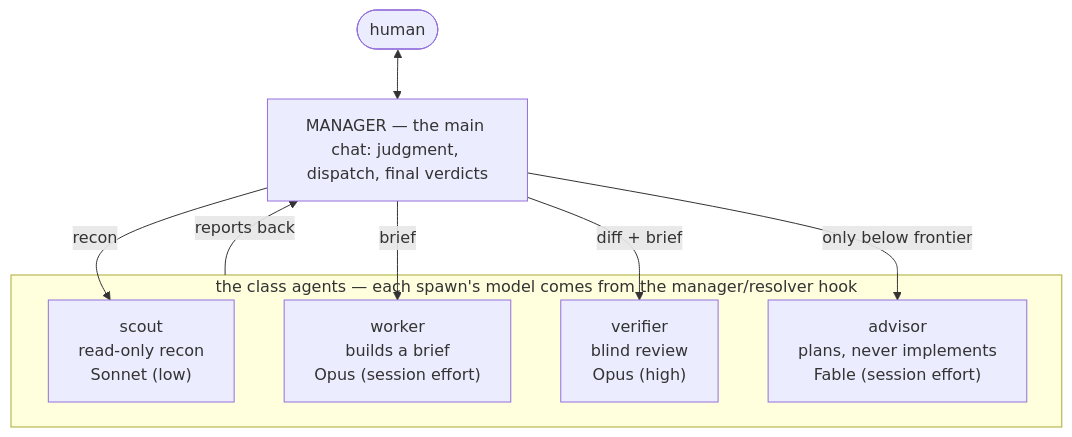
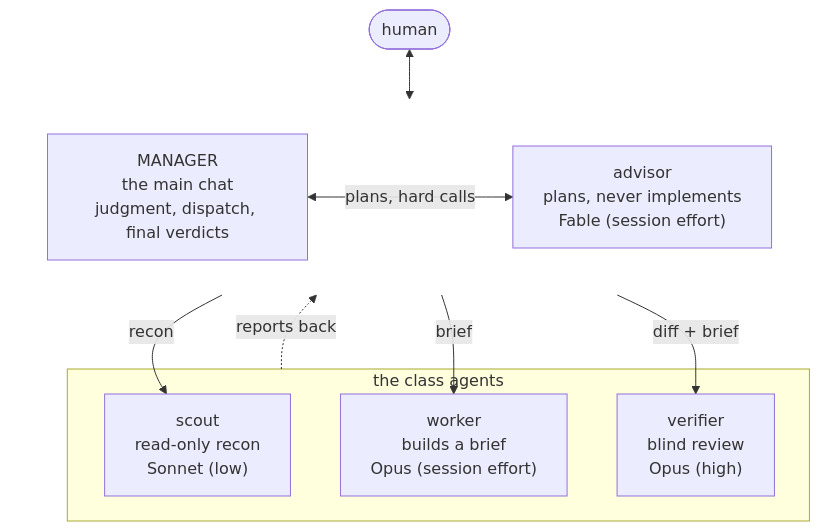
Before and after one commit to itw-creative-works/workkit: the second of 2 diagrams in README.md, drawn with Mermaid. The commit also changed other lines of this file and 3 other files, not shown here.

````diff
--- a/README.md
+++ b/README.md
@@ -30,17 +30,22 @@
 ```mermaid
 flowchart TB
-    Human([human]) <--> Manager["MANAGER — the main chat: judgment, dispatch, final verdicts"]
+    Human([human]) <--> Manager
 
-    subgraph Crew["the class agents — each spawn's model comes from the manager/resolver hook"]
+    subgraph Top[" "]
+        direction LR
+        Manager["MANAGER<br>the main chat<br>judgment, dispatch, final verdicts"]
+        Manager <-->|plans, hard calls| Advisor["advisor<br>plans, never implements<br>Fable (session effort)"]
+    end
+    style Top fill:none,stroke:none
+
+    subgraph Crew["the class agents"]
         Scout["scout<br>read-only recon<br>Sonnet (low)"]
         Worker["worker<br>builds a brief<br>Opus (session effort)"]
         Verifier["verifier<br>blind review<br>Opus (high)"]
-        Advisor["advisor<br>plans, never implements<br>Fable (session effort)"]
     end
 
     Manager -->|recon| Scout
     Manager -->|brief| Worker
     Manager -->|diff + brief| Verifier
-    Manager -->|only below frontier| Advisor
-    Crew -->|reports back| Manager
+    Crew -.->|reports back| Manager
 ```
````
